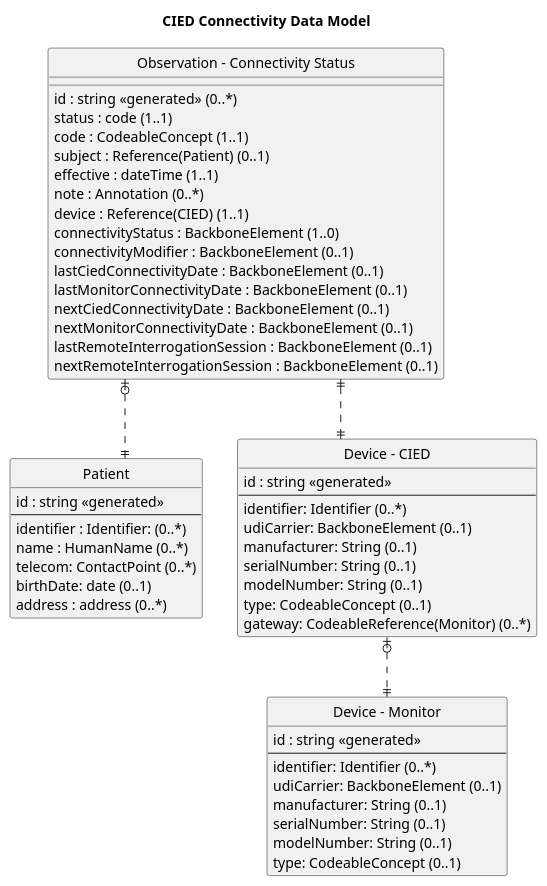
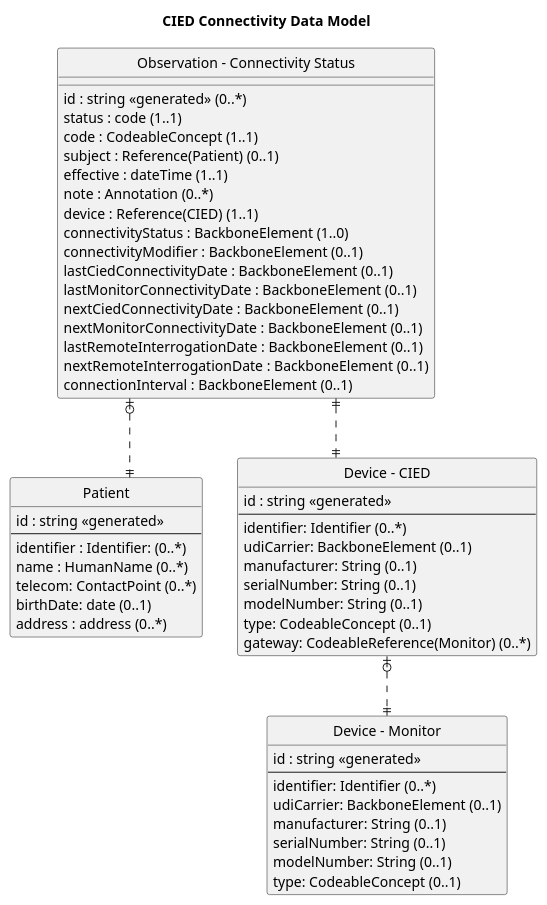
The diagram in input/images-source/data-model1.plantuml (HL7/CardX-CIED), drawn with PlantUML before and after one commit. The commit also changed 11 other files, not shown here.

```diff
--- a/input/images-source/data-model1.plantuml
+++ b/input/images-source/data-model1.plantuml
@@ -1,93 +1,94 @@
 @startuml
 title CIED Connectivity Data Model
 
 hide circle
 
 skinparam linetype ortho
 
 entity "Patient" as Patient {
   id : string <<generated>>
   --
   identifier : Identifier: (0..*)
   name : HumanName (0..*)
   telecom: ContactPoint (0..*)
   birthDate: date (0..1)
   address : address (0..*)   
 }
 
 entity "Device - CIED" as cied {
   id : string <<generated>>
   --
   identifier: Identifier (0..*)
   udiCarrier: BackboneElement (0..1)
   manufacturer: String (0..1)
   serialNumber: String (0..1)
   modelNumber: String (0..1)
   type: CodeableConcept (0..1)
   gateway: CodeableReference(Monitor) (0..*)
 }
 
 entity "Device - Monitor" as monitor {
   id : string <<generated>>
   --
   identifier: Identifier (0..*)
   udiCarrier: BackboneElement (0..1)
   manufacturer: String (0..1)
   serialNumber: String (0..1)
   modelNumber: String (0..1)
   type: CodeableConcept (0..1)
 }
 /' - 3/19/25 remove encounter and device association from connectivity use case
 entity "DeviceAssociation" as devassoc {
     id: id <<1..1>>
     --
     identifier: Identifier (0..*)
     device: Reference(Device) (1..1)
     status: CodeableConcept (1..1)
     subject: Reference(Patient) (0..1)   
 }
 '/
 
 entity "Observation - Connectivity Status" as Connectivity {
     id : string <<generated>> (0..*)
     status : code (1..1)
     code : CodeableConcept (1..1)
     subject : Reference(Patient) (0..1)
     effective : dateTime (1..1)
     note : Annotation (0..*)
     device : Reference(CIED) (1..1)
     connectivityStatus : BackboneElement (1..0)
     connectivityModifier : BackboneElement (0..1)
     lastCiedConnectivityDate : BackboneElement (0..1)
     lastMonitorConnectivityDate : BackboneElement (0..1)
     nextCiedConnectivityDate : BackboneElement (0..1)
     nextMonitorConnectivityDate : BackboneElement (0..1)
-    lastRemoteInterrogationSession : BackboneElement (0..1)
-    nextRemoteInterrogationSession : BackboneElement (0..1)
+    lastRemoteInterrogationDate : BackboneElement (0..1)
+    nextRemoteInterrogationDate : BackboneElement (0..1)
+    connectionInterval : BackboneElement (0..1)
 }
 /' - 3/19/25 remove encounter and device association from connectivity use case
 entity "Encounter" as Encounter {
   *id : string <<generated>>
   --
   identifier : Identifier: (1..*)
   status : Code (1..1)
   type: CodeableConcept (1..*)
   subject: Reference(Patient) (1..1) 
   participant: Reference(Device) (1..*)
   actualPeriod: Period (0..1)
   plannedStartDate (0..1)
 }
 '/
 
 Connectivity |o..|| Patient
 Connectivity ||..|| cied
 cied |o..|| monitor
 /' - 3/19/25 remove encounter and device association from connectivity
 devassoc ||..|| cied
 devassoc ||..o| Patient
 devassoc ||..o| monitor
 Encounter ||..|| Patient
 Encounter ||..|| cied
 Encounter ||..|| monitor
 '/
 @enduml
```
